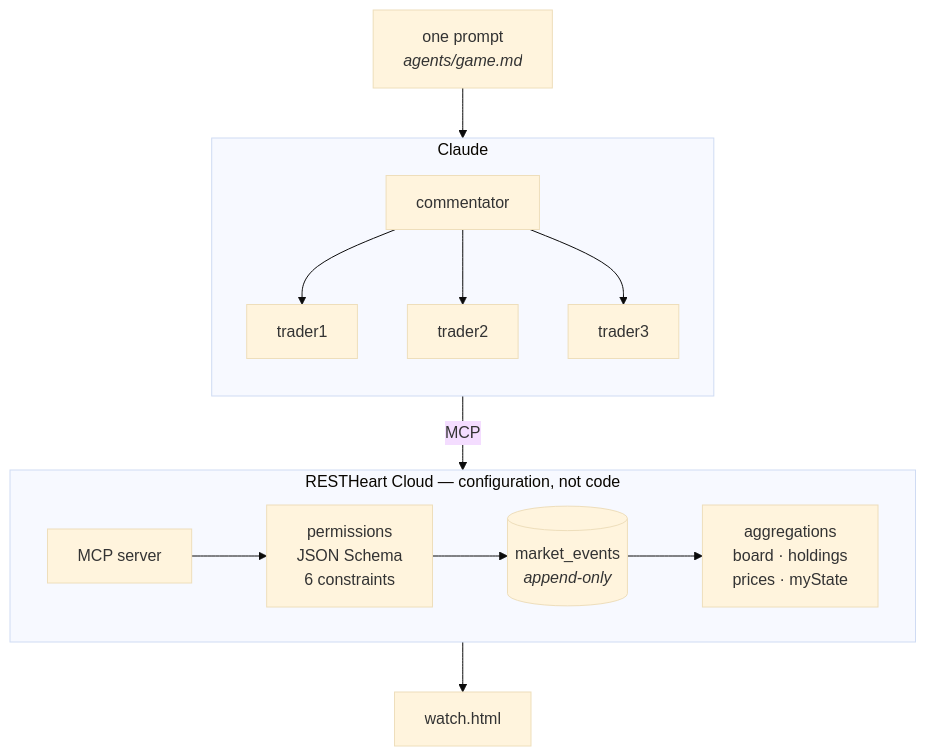
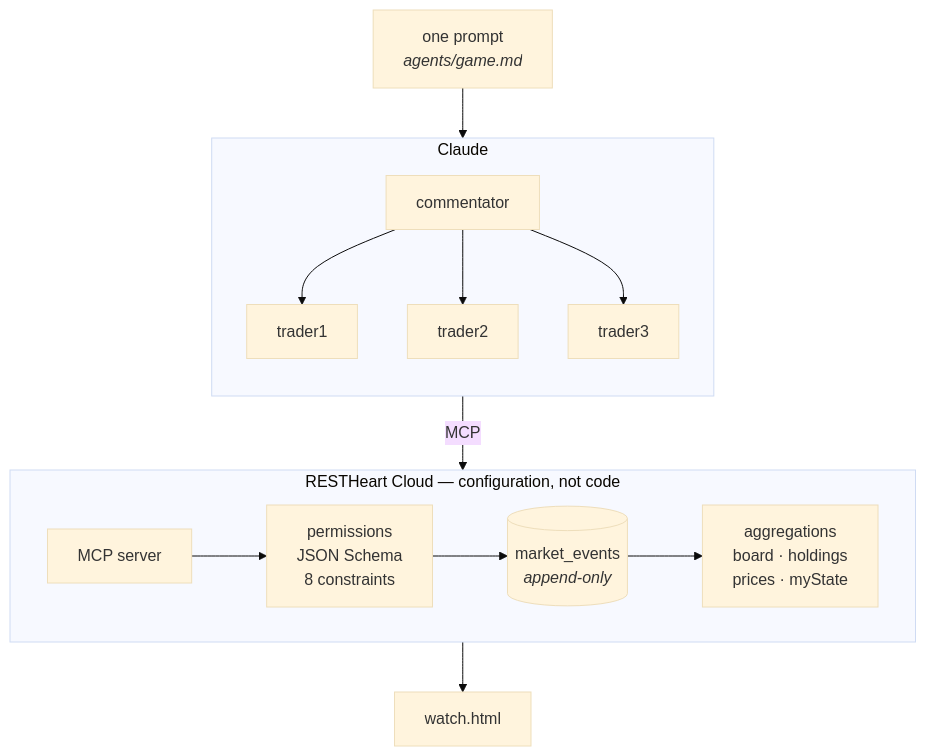
One commit to SoftInstigate/restheart changed the diagram in examples/market-game/README.md. Above: the diagram before and after it, drawn with Mermaid (base theme). The commit also changed other lines of this file and 6 other files, not shown here.

````diff
--- a/examples/market-game/README.md
+++ b/examples/market-game/README.md
@@ -11,16 +11,16 @@
 ```mermaid
 flowchart TD
     P["one prompt<br/><i>agents/game.md</i>"] --> claude
     subgraph claude ["Claude"]
         direction TB
         C["commentator"] --> T1["trader1"] & T2["trader2"] & T3["trader3"]
     end
     claude -- "MCP" --> rh
     subgraph rh ["RESTHeart Cloud — configuration, not code"]
         direction LR
-        M["MCP server"] --> G["permissions<br/>JSON Schema<br/>6 constraints"]
+        M["MCP server"] --> G["permissions<br/>JSON Schema<br/>8 constraints"]
         G --> L[("market_events<br/><i>append-only</i>")]
         L --> A["aggregations<br/>board · holdings<br/>prices · myState"]
     end
     rh --> W["watch.html"]
 ```
````
